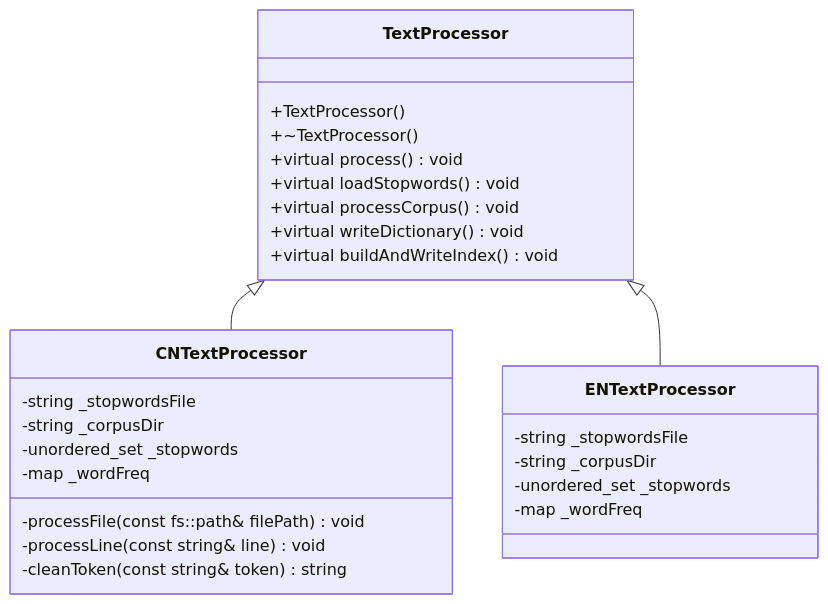
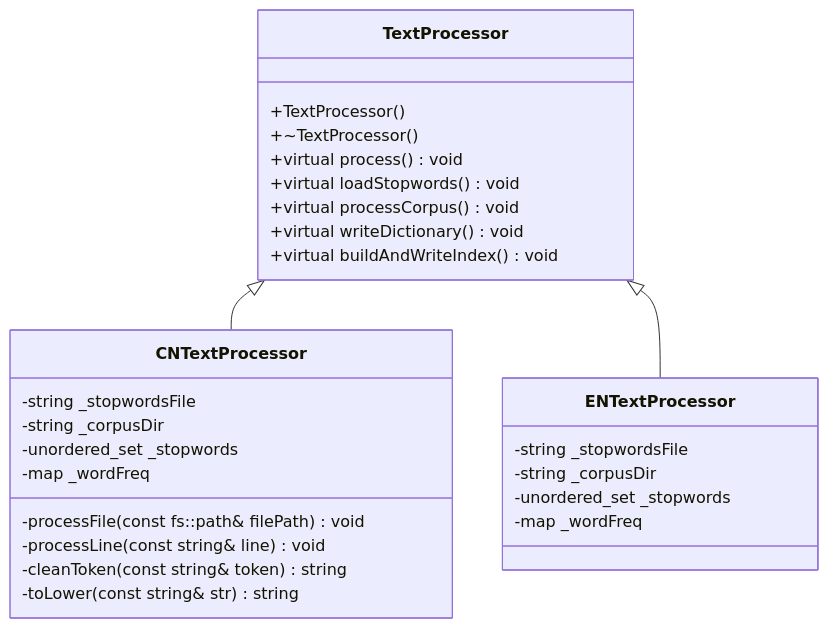
The diagram in all/未命名-1.md (Jason-DancingBoy/iodraw-files), drawn with Mermaid before and after one commit.

Commit message:
2026-01-02 21:18:44 update

````diff
--- a/all/未命名-1.md
+++ b/all/未命名-1.md
@@ -1,33 +1,34 @@
 ```mermaid
 classDiagram
     TextProcessor <|-- CNTextProcessor
     TextProcessor <|-- ENTextProcessor
     TextProcessor: +TextProcessor()
     TextProcessor: +~TextProcessor()
     TextProcessor: +virtual process() void
     TextProcessor: +virtual loadStopwords() void 
     TextProcessor: +virtual processCorpus() void
     TextProcessor: +virtual writeDictionary() void
     TextProcessor: +virtual buildAndWriteIndex() void
     class CNTextProcessor{
       -string _stopwordsFile
       -string _corpusDir
       -unordered_set<string> _stopwords
       -map<string, int> _wordFreq
       -processFile(const fs::path& filePath) void
       -processLine(const string& line) void 
       -cleanToken(const string& token) string
+      -toLower(const string& str) string
       
     }
     class ENTextProcessor{
       -string _stopwordsFile
       -string _corpusDir
       -unordered_set<string> _stopwords
       -map<string, int> _wordFreq
 
     }
     %%  string _stopwordsFile; // 存放停用词文件名
     %%  string _corpusDir; // 存放语料库目录
     %%  unordered_set<string> _stopwords; // 用来存放停用词
     %%  map<string, int> _wordFreq;
 ```
````
